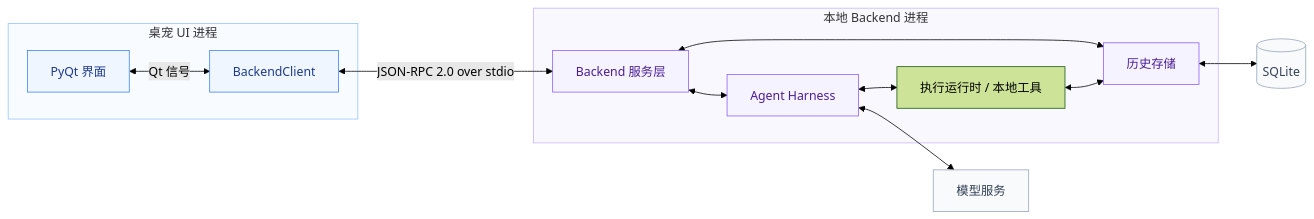
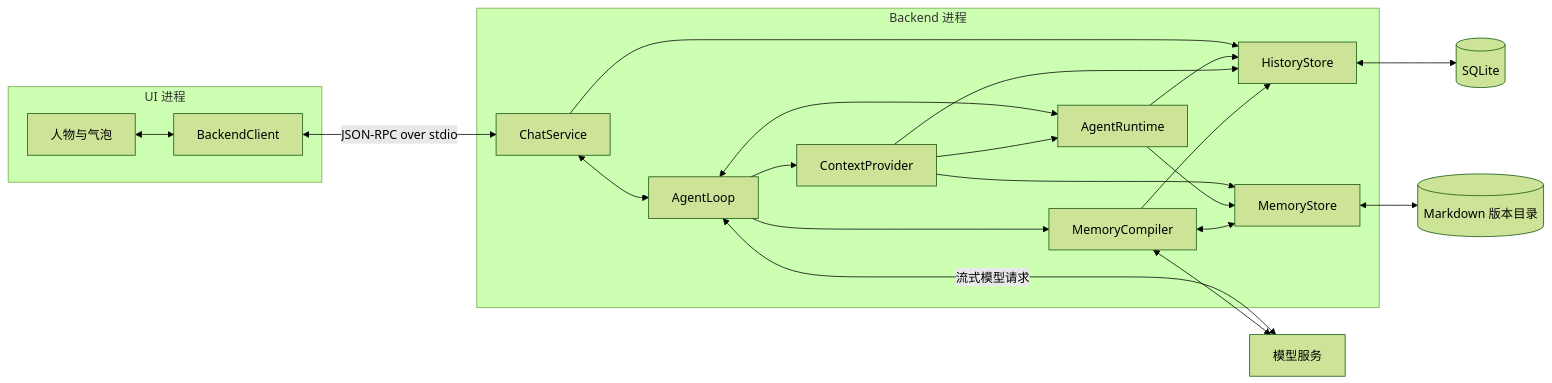
One commit to yichenj/olivia-lin-desktop-pet changed the diagram in docs/AGENT_BACKEND.md. Above: the diagram before and after it, drawn with Mermaid (forest theme). The commit also changed other lines of this file and 26 other files, not shown here.

Commit message:
feat: add layered file memory and unified model context

````diff
--- a/docs/AGENT_BACKEND.md
+++ b/docs/AGENT_BACKEND.md
@@ -19,34 +9,25 @@
 ```mermaid
 flowchart LR
-    subgraph UIProcess["桌宠 UI 进程"]
-        UI["PyQt 界面"]
-        Client["BackendClient"]
-        UI <-->|"Qt 信号"| Client
+    subgraph UIProcess["UI 进程"]
+        UI["人物与气泡"] <--> Client["BackendClient"]
     end
-
-    subgraph BackendProcess["本地 Backend 进程"]
-        Service["Backend 服务层"]
-        Harness["Agent Harness"]
-        Store["历史存储"]
-        Service <--> Harness
-        Runtime["执行运行时 / 本地工具"]
-        Harness <--> Runtime
-        Runtime <--> Store
-        Service <--> Store
+    subgraph BackendProcess["Backend 进程"]
+        Service["ChatService"] <--> Loop["AgentLoop"]
+        Loop --> Context["ContextProvider"]
+        Loop <--> Runtime["AgentRuntime"]
+        Context --> Runtime
+        Service --> History["HistoryStore"]
+        Runtime --> History
+        Context --> History
+        Context --> Memory["MemoryStore"]
+        Runtime --> Memory
+        Loop --> Compiler["MemoryCompiler"]
+        Compiler --> History
+        Compiler <--> Memory
     end
-
-    DB[("SQLite")]
-    Model["模型服务"]
-    Client <-->|"JSON-RPC 2.0 over stdio"| Service
-    Store <--> DB
-    Harness <--> Model
-
-    classDef frontend fill:#eff6ff,stroke:#3b82f6,color:#1e3a8a
-    classDef backend fill:#f5f3ff,stroke:#8b5cf6,color:#4c1d95
-    classDef external fill:#f8fafc,stroke:#94a3b8,color:#334155
-    class UI,Client frontend
-    class Service,Harness,Store backend
-    class DB,Model external
-    style UIProcess fill:#f8fbff,stroke:#93c5fd
-    style BackendProcess fill:#faf8ff,stroke:#c4b5fd
+    Client <-->|"JSON-RPC over stdio"| Service
+    History <--> DB[("SQLite")]
+    Memory <--> Files[("Markdown 版本目录")]
+    Loop <-->|"流式模型请求"| Model["模型服务"]
+    Compiler <--> Model
 ```
````
